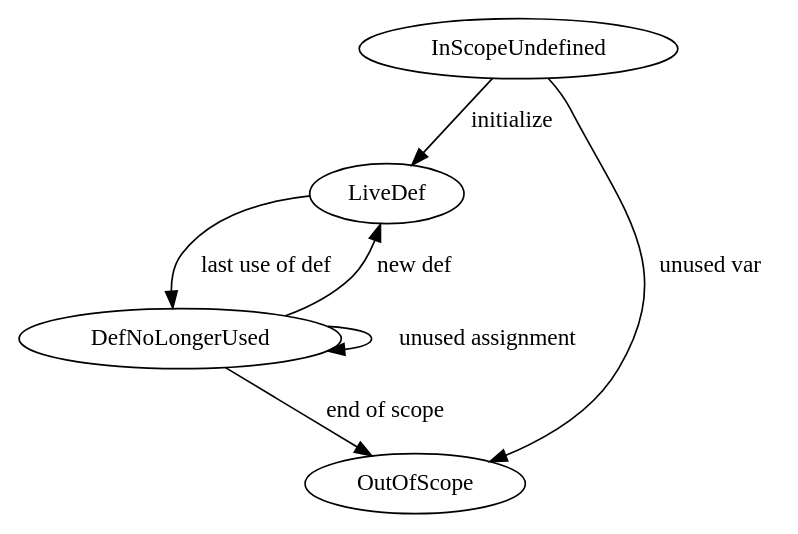
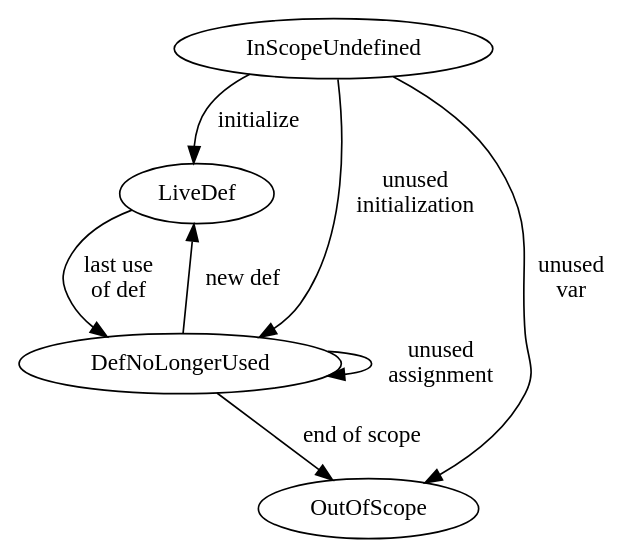
Before and after one commit to jryans/debug-info-consistency-concrete-artifact: the diagram in figures/def-use-life-cycle.dot, drawn with Graphviz. The commit also changed 4 other files, not shown here.

```diff
--- a/figures/def-use-life-cycle.dot
+++ b/figures/def-use-life-cycle.dot
@@ -1,16 +1,18 @@
 digraph DefUse
 {
 
 InScopeUndefined -> LiveDef      [label="initialize"];
 
-LiveDef -> DefNoLongerUsed      [label="last use of def"];
+InScopeUndefined -> DefNoLongerUsed [label="unused\ninitialization"];
 
-DefNoLongerUsed -> LiveDef      [label="new def"];
+LiveDef -> DefNoLongerUsed      [label="last use\nof def"];
 
-DefNoLongerUsed -> DefNoLongerUsed  [label="unused assignment"];
+DefNoLongerUsed -> LiveDef      [label=" new def"];
+
+DefNoLongerUsed -> DefNoLongerUsed  [label="unused\nassignment"];
 
 DefNoLongerUsed -> OutOfScope      [label="end of scope"];
 
-InScopeUndefined -> OutOfScope     [label="unused var"];
+InScopeUndefined -> OutOfScope     [label=" unused\nvar"];
 
 }
```
